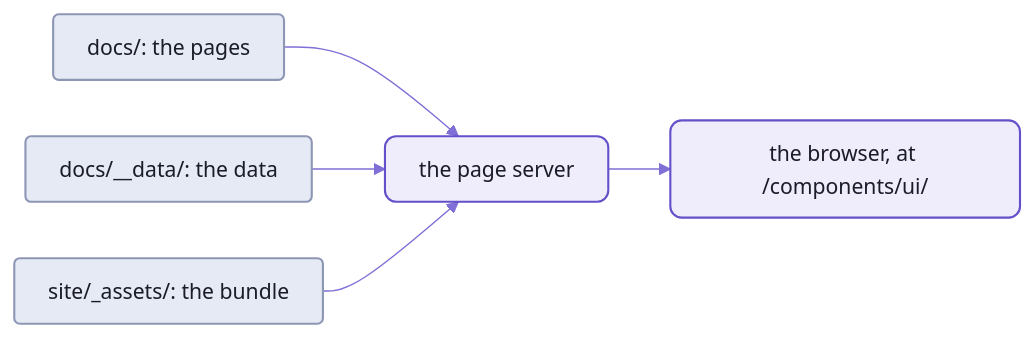
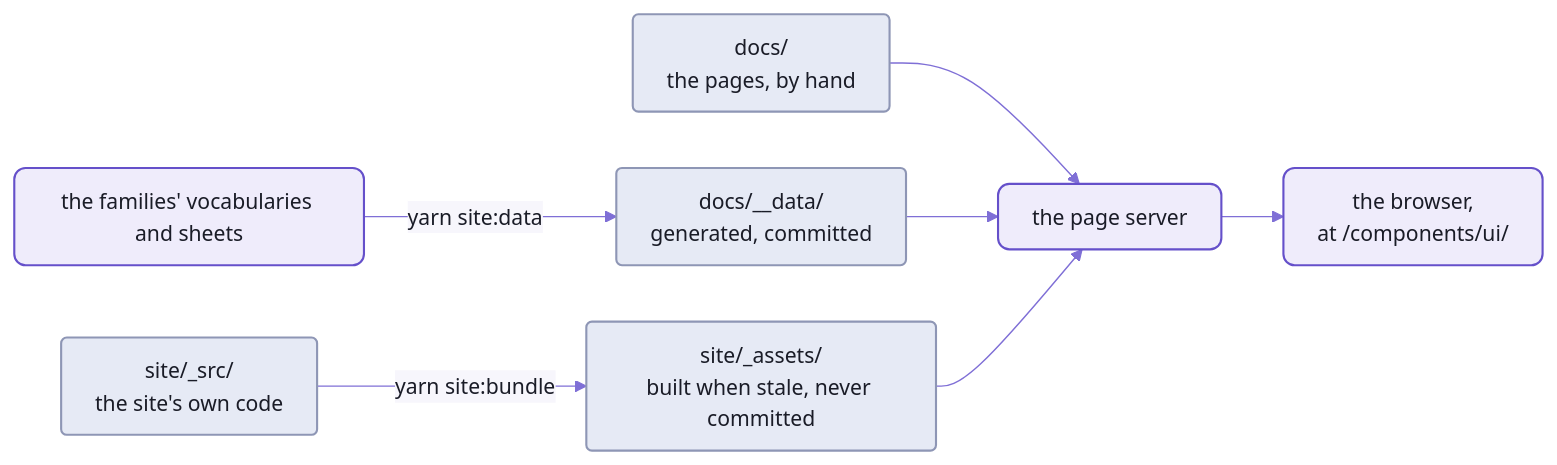
The first of 2 diagrams in ui/README-site.md (spell-app/spell), drawn with Mermaid before and after one commit. The commit also changed other lines of this file and 9 other files, not shown here.

````diff
--- a/ui/README-site.md
+++ b/ui/README-site.md
@@ -16,12 +34,14 @@
 ```mermaid
 %%{init: {"theme":"base","themeVariables":{"fontFamily":"-apple-system, BlinkMacSystemFont, Segoe UI, Helvetica, Arial, sans-serif","fontSize":"15px","primaryColor":"#EFECFB","primaryBorderColor":"#6550CA","primaryTextColor":"#1A1C27","secondaryColor":"#F4F1E9","tertiaryColor":"#F7F6FC","lineColor":"#7F6FD6","textColor":"#7F6FD6","clusterBkg":"#F7F6FC","clusterBorder":"#B9B0E8","titleColor":"#1A1C27","edgeLabelBackground":"#F7F6FC","actorBkg":"#EFECFB","actorBorder":"#6550CA","actorTextColor":"#1A1C27","actorLineColor":"#9C90DE","signalColor":"#7F6FD6","signalTextColor":"#7F6FD6","labelBoxBkgColor":"#EFECFB","labelBoxBorderColor":"#6550CA","labelTextColor":"#1A1C27","loopTextColor":"#7F6FD6","noteBkgColor":"#F1E7D4","noteBorderColor":"#C9B48A","noteTextColor":"#1A1C27","activationBkgColor":"#DCD6F7","activationBorderColor":"#6550CA","sequenceNumberColor":"#FFFFFF"},"flowchart":{"curve":"basis","padding":12,"nodeSpacing":40,"rankSpacing":44}}}%%
 flowchart LR
-  pages["docs/:  the pages"] --> server["the page server"]
-  data["docs/__data/:  the data"] --> server
-  bundle["site/_assets/:  the bundle"] --> server
-  server --> browser["the browser, at /components/ui/"]
+  vocab["the families' vocabularies and sheets"] -- "yarn site:data" --> data["docs/__data/<br/>generated, committed"]
+  src["site/_src/<br/>the site's own code"] -- "yarn site:bundle" --> bundle["site/_assets/<br/>built when stale, never committed"]
+  pages["docs/<br/>the pages, by hand"] --> server["the page server"]
+  data --> server
+  bundle --> server
+  server --> browser["the browser,<br/>at /components/ui/"]
   %% the Spell look:  yarn mermaid:pretty
   classDef default fill:#EFECFB,stroke:#6550CA,stroke-width:1.5px,color:#1A1C27,rx:8px,ry:8px
   classDef folder fill:#E6EAF5,stroke:#8E96B5,stroke-width:1.5px,color:#1A1C27,rx:4px,ry:4px
-  class pages,data,bundle folder
+  class data,src,bundle,pages folder
 ```
````
